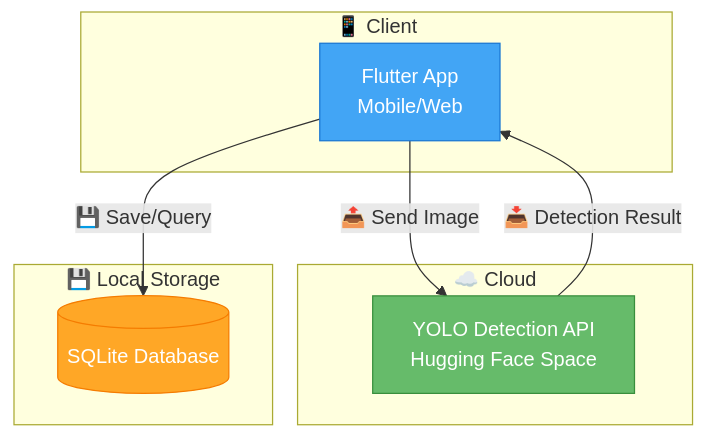
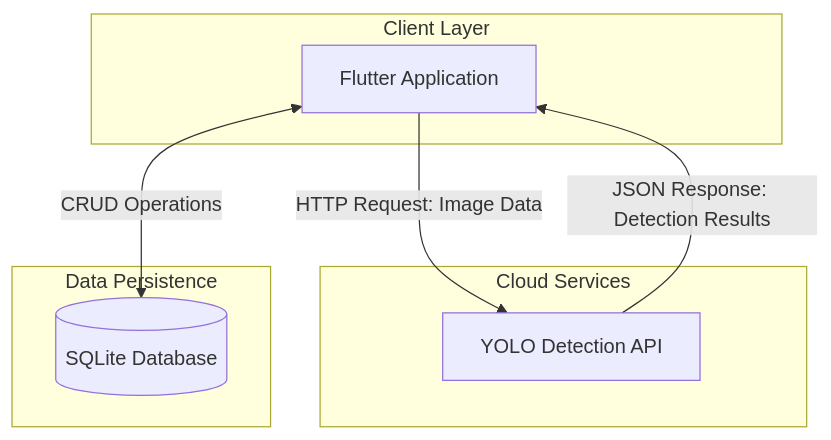
The diagram in README.md (ParichatrSaipan/flower_AI), drawn with Mermaid before and after one commit.

````diff
--- a/README.md
+++ b/README.md
@@ -32,22 +32,18 @@
 ```mermaid
 flowchart TB
-    subgraph Client["📱 Client"]
-        A[Flutter App<br/>Mobile/Web]
+    subgraph Client["Client Layer"]
+        A[Flutter Application]
     end
     
-    subgraph Backend["☁️ Cloud"]
-        B[YOLO Detection API<br/>Hugging Face Space]
+    subgraph Cloud["Cloud Services"]
+        B[YOLO Detection API]
     end
     
-    subgraph Local["💾 Local Storage"]
+    subgraph Storage["Data Persistence"]
         C[(SQLite Database)]
     end
     
-    A -->|"📤 Send Image"| B
-    B -->|"📥 Detection Result"| A
-    A -->|"💾 Save/Query"| C
-    
-    style A fill:#42A5F5,stroke:#1976D2,color:#fff
-    style B fill:#66BB6A,stroke:#388E3C,color:#fff
-    style C fill:#FFA726,stroke:#F57C00,color:#fff
+    A -->|"HTTP Request: Image Data"| B
+    B -->|"JSON Response: Detection Results"| A
+    A <-->|"CRUD Operations"| C
 ```
````
